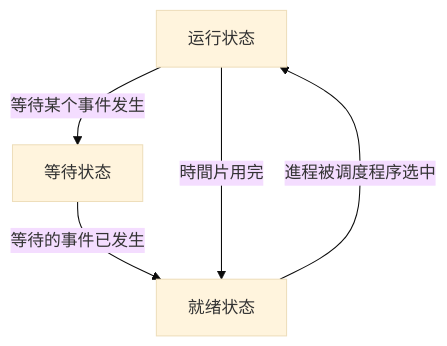
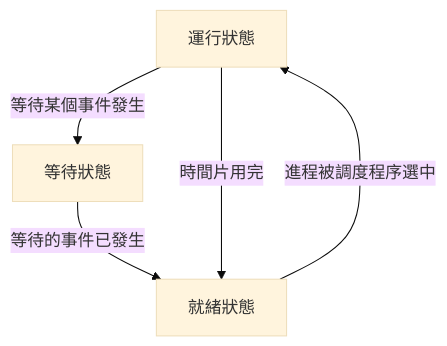
The second of 9 diagrams in _posts/2021-08-04-operating_system.md (chchoiw/chchoiw.github.io), drawn with Mermaid (base theme) before and after one commit. The commit also changed other lines of this file, not shown here.

````diff
--- a/_posts/2021-08-04-operating_system.md
+++ b/_posts/2021-08-04-operating_system.md
@@ -401,11 +401,11 @@
   ```mermaid
   graph TB
-  id1[运行状态]
-  id2[就绪状态]
-  id3[等待状态]
+  id1[運行狀態]
+  id2[就緒狀態]
+  id3[等待狀態]
 
-  id1--等待某个事件发生-->id3
-  id3--等待的事件已发生-->id2
-  id2--進程被调度程序选中-->id1
+  id1--等待某個事件發生-->id3
+  id3--等待的事件已發生-->id2
+  id2--進程被調度程序選中-->id1
   id1--時間片用完-->id2
   ```
````
